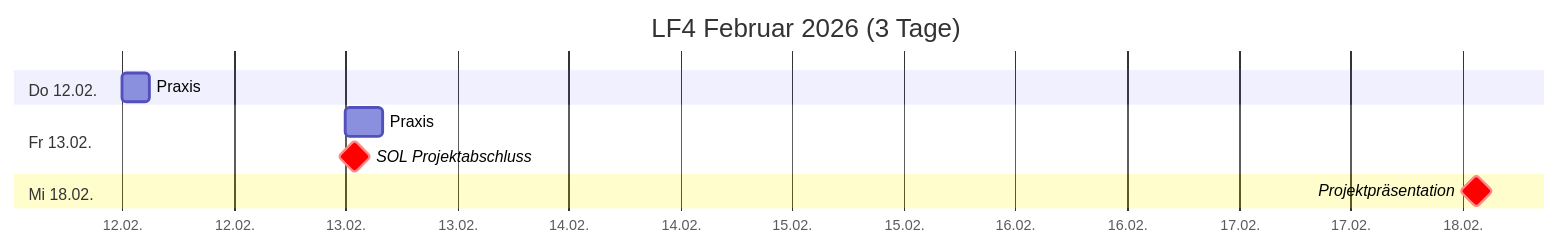
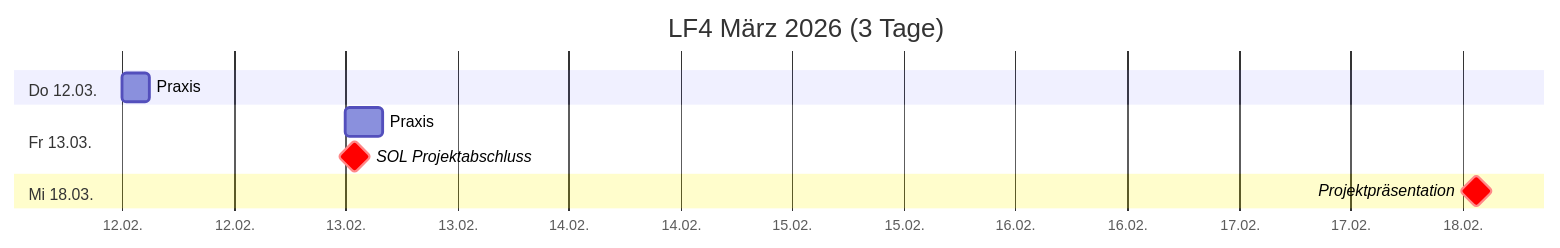
Before and after one commit to johannesloetzsch/LF4: the fourth of 4 diagrams in src/plan.md, drawn with Mermaid. The commit also changed other lines of this file and 10 other files, not shown here.

````diff
--- a/src/plan.md
+++ b/src/plan.md
@@ -50,13 +52,13 @@
 ```mermaid
 gantt
- title LF4 Februar 2026 (3 Tage)
+ title LF4 März 2026 (3 Tage)
  dateFormat YYYY-MM-DD
  axisFormat %d.%m.
- section Do 12.02.
+ section Do 12.03.
   Praxis                            :2025-02-12, 3h
- section Fr 13.02.
+ section Fr 13.03.
   Praxis                            :2025-02-13, 4h
   SOL Projektabschluss              :crit, milestone, 2025-02-13, 2h
- section Mi 18.02.
+ section Mi 18.03.
   Projektpräsentation               :crit, milestone, 2025-02-18, 3h
 ```
````
